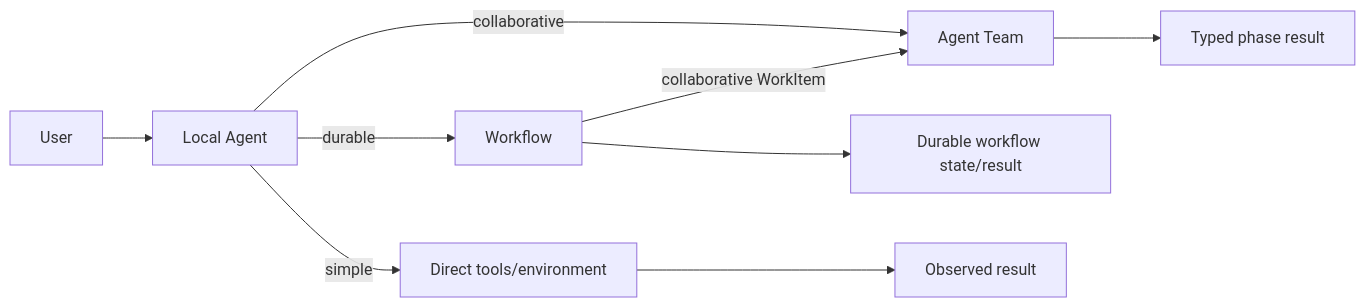
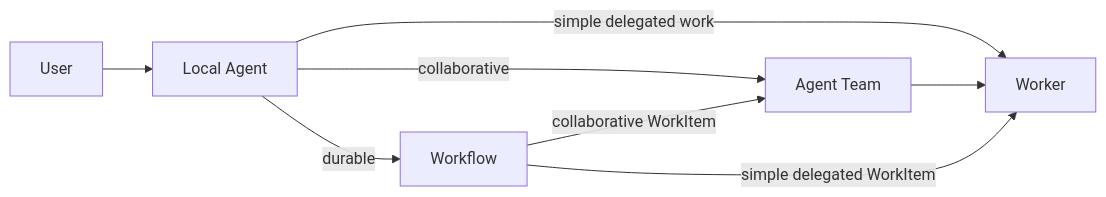
The first of 4 diagrams in docs/architecture/interaction-model.md (tsuuanmi/AgentOS), drawn with Mermaid before and after one commit. The commit also changed other lines of this file, not shown here.

Commit message:
docs: route all delegated execution through Worker plugin

```diff
--- a/docs/architecture/interaction-model.md
+++ b/docs/architecture/interaction-model.md
@@ -10,13 +10,12 @@
 ~~~mermaid
 flowchart LR
     U[User] --> L[Local Agent]
 
-    L -->|simple| D[Direct tools/environment]
-    L -->|collaborative| T[Agent Team]
-    L -->|durable| W[Workflow]
-    W -->|collaborative WorkItem| T
+    L -->|simple delegated work| Worker[Worker]
+    L -->|collaborative| Team[Agent Team]
+    L -->|durable| Workflow[Workflow]
 
-    T --> TR[Typed phase result]
-    W --> WR[Durable workflow state/result]
-    D --> DR[Observed result]
+    Workflow -->|collaborative WorkItem| Team
+    Workflow -->|simple delegated WorkItem| Worker
+    Team --> Worker
 ~~~
```
